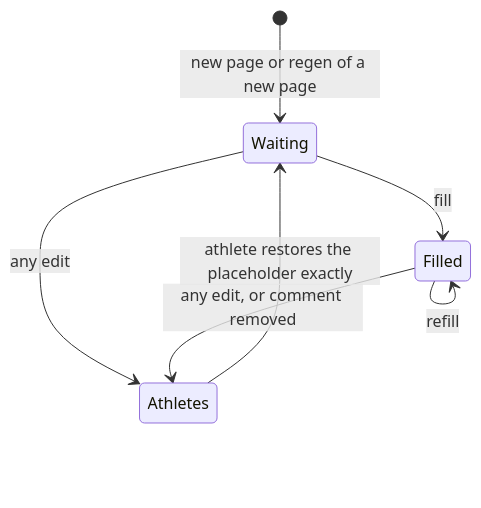
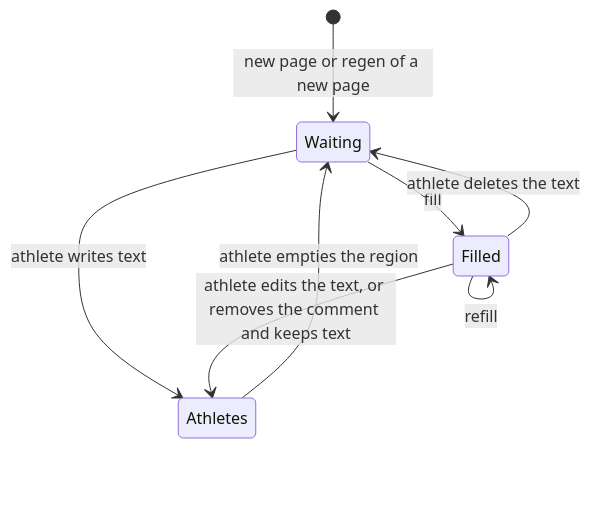
The third of 3 diagrams in .kiro/specs/post-templates/design.md (joshua-stauffer/fitdocs), drawn with Mermaid before and after one commit. The commit also changed other lines of this file and 3 other files, not shown here.

````diff
--- a/.kiro/specs/post-templates/design.md
+++ b/.kiro/specs/post-templates/design.md
@@ -223,9 +224,10 @@
 ```mermaid
 stateDiagram-v2
     [*] --> Waiting: new page or regen of a new page
     Waiting --> Filled: fill
     Filled --> Filled: refill
-    Waiting --> Athletes: any edit
-    Filled --> Athletes: any edit, or comment removed
-    Athletes --> Waiting: athlete restores the placeholder exactly
+    Waiting --> Athletes: athlete writes text
+    Filled --> Athletes: athlete edits the text, or removes the comment and keeps text
+    Filled --> Waiting: athlete deletes the text
+    Athletes --> Waiting: athlete empties the region
 ```
````
